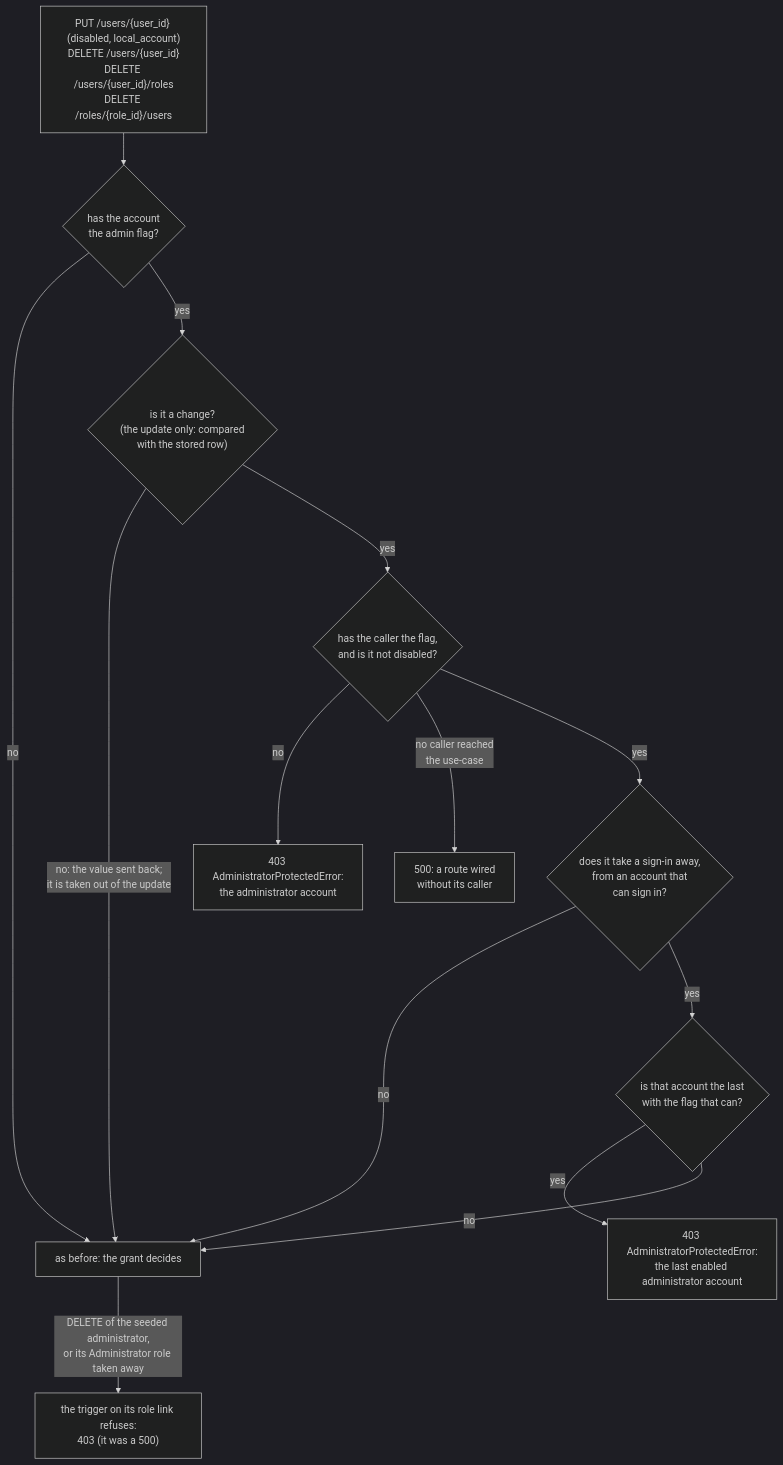
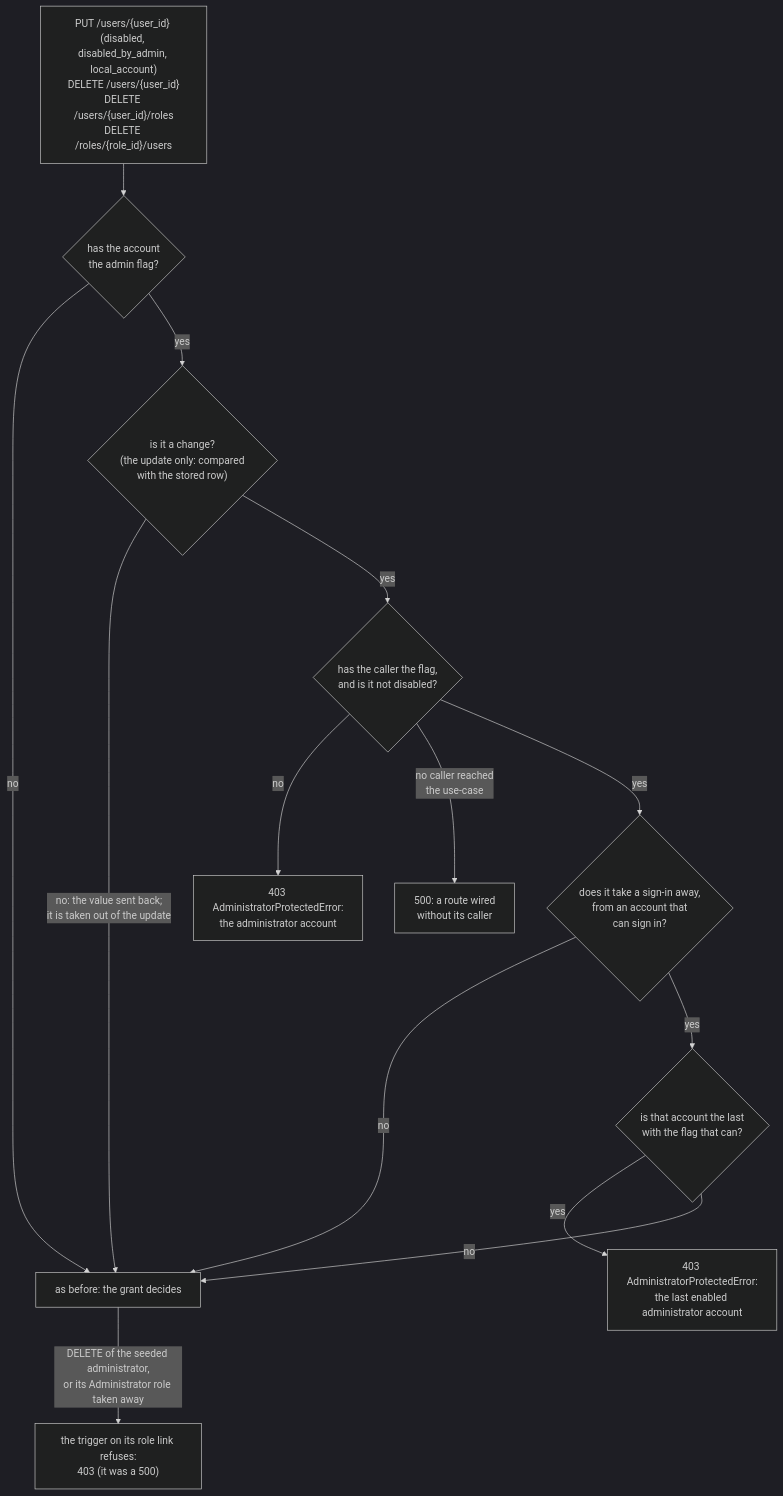
Before and after one commit to p2p-b2b/go-rest-api-service-template: the seventh of 8 diagrams in docs/architecture/security.md, drawn with Mermaid (dark theme). The commit also changed 19 other files, not shown here.

````diff
--- a/docs/architecture/security.md
+++ b/docs/architecture/security.md
@@ -391,16 +391,16 @@
 ```mermaid
 flowchart TD
-    R["PUT /users/{user_id} (disabled, local_account)<br/>DELETE /users/{user_id}<br/>DELETE /users/{user_id}/roles<br/>DELETE /roles/{role_id}/users"] --> T{"has the account<br/>the admin flag?"}
+    R["PUT /users/{user_id} (disabled, disabled_by_admin, local_account)<br/>DELETE /users/{user_id}<br/>DELETE /users/{user_id}/roles<br/>DELETE /roles/{role_id}/users"] --> T{"has the account<br/>the admin flag?"}
     T -- no --> X["as before: the grant decides"]
     T -- yes --> C{"is it a change?<br/>(the update only: compared<br/>with the stored row)"}
     C -- "no: the value sent back;<br/>it is taken out of the update" --> X
     C -- yes --> A{"has the caller the flag,<br/>and is it not disabled?"}
     A -- no --> F["403 AdministratorProtectedError:<br/>the administrator account"]
     A -- "no caller reached<br/>the use-case" --> W["500: a route wired<br/>without its caller"]
     A -- yes --> S{"does it take a sign-in away,<br/>from an account that<br/>can sign in?"}
     S -- no --> X
     S -- yes --> L{"is that account the last<br/>with the flag that can?"}
     L -- yes --> F2["403 AdministratorProtectedError:<br/>the last enabled administrator account"]
     L -- no --> X
     X -- "DELETE of the seeded administrator,<br/>or its Administrator role taken away" --> TR["the trigger on its role link refuses:<br/>403 (it was a 500)"]
 ```
````
